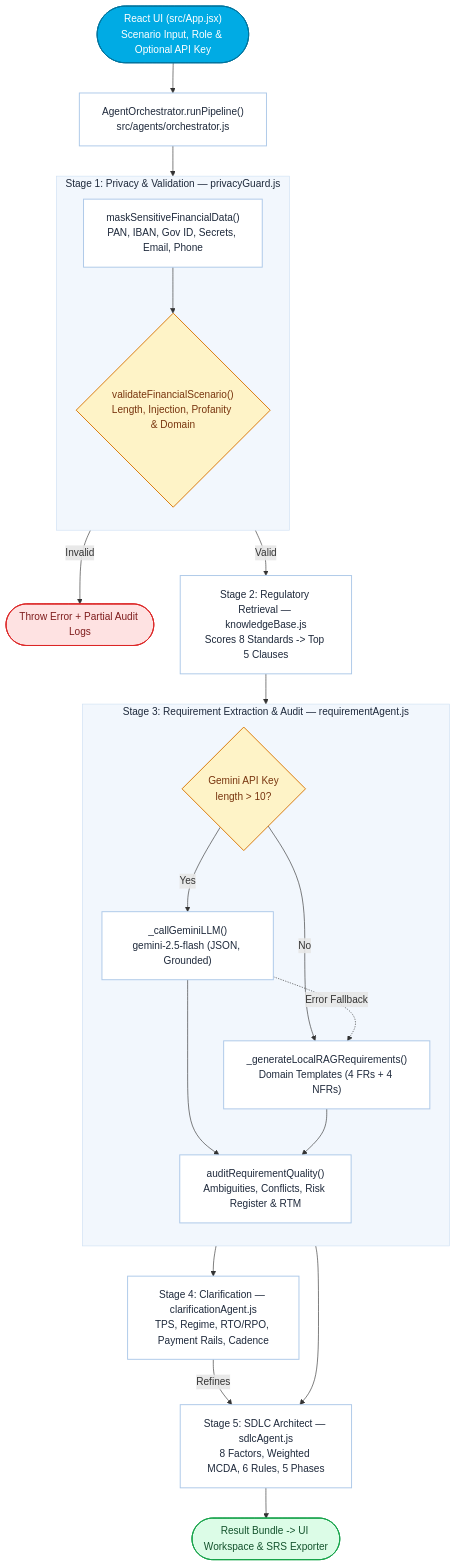
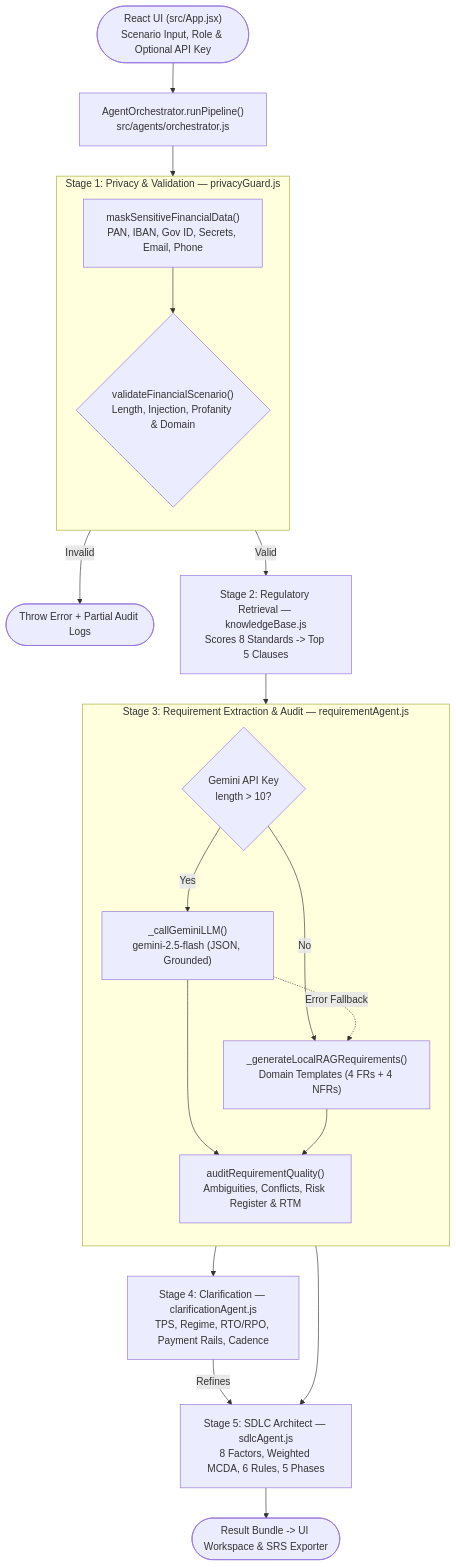
One commit to shivamkumar87/finreq-ai changed the first of 2 diagrams in ARCHITECTURE.md. Above: the diagram before and after it, drawn with Mermaid. The commit also changed other lines of this file and 1 other file, not shown here.

Commit message:
docs: remove custom colors from Mermaid flowcharts

````diff
--- a/ARCHITECTURE.md
+++ b/ARCHITECTURE.md
@@ -14,56 +14,41 @@
 ```mermaid
 %%{init: {'flowchart': {'rankSpacing': 48, 'nodeSpacing': 42, 'padding': 18, 'curve': 'basis'}}}%%
 flowchart TD
     UI(["React UI (src/App.jsx)<br/>Scenario Input, Role & Optional API Key"])
     Orch["AgentOrchestrator.runPipeline()<br/>src/agents/orchestrator.js"]
 
     subgraph S1["Stage 1: Privacy & Validation — privacyGuard.js"]
         direction TB
         Mask["maskSensitiveFinancialData()<br/>PAN, IBAN, Gov ID, Secrets, Email, Phone"]
         Val{"validateFinancialScenario()<br/>Length, Injection, Profanity & Domain"}
         Mask --> Val
     end
 
     Err(["Throw Error + Partial Audit Logs"])
     RAG["Stage 2: Regulatory Retrieval — knowledgeBase.js<br/>Scores 8 Standards -> Top 5 Clauses"]
 
     subgraph S3["Stage 3: Requirement Extraction & Audit — requirementAgent.js"]
         direction TB
         Mode{"Gemini API Key<br/>length > 10?"}
         LLM["_callGeminiLLM()<br/>gemini-2.5-flash (JSON, Grounded)"]
         Local["_generateLocalRAGRequirements()<br/>Domain Templates (4 FRs + 4 NFRs)"]
         Audit["auditRequirementQuality()<br/>Ambiguities, Conflicts, Risk Register & RTM"]
         Mode -->|"Yes"| LLM
         Mode -->|"No"| Local
         LLM -.->|"Error Fallback"| Local
         LLM --> Audit
         Local --> Audit
     end
 
     Clarify["Stage 4: Clarification — clarificationAgent.js<br/>TPS, Regime, RTO/RPO, Payment Rails, Cadence"]
     SDLC["Stage 5: SDLC Architect — sdlcAgent.js<br/>8 Factors, Weighted MCDA, 6 Rules, 5 Phases"]
     Out(["Result Bundle -> UI Workspace & SRS Exporter"])
 
     UI --> Orch --> Mask
     Val -->|"Invalid"| Err
     Val -->|"Valid"| RAG --> Mode
     Audit --> Clarify
     Audit --> SDLC
     Clarify -->|"Refines"| SDLC
     SDLC --> Out
-
-    classDef io fill:#00ABE4,stroke:#00749E,color:#FFFFFF,stroke-width:1.5px;
-    classDef step fill:#FFFFFF,stroke:#ACC8E8,color:#1E293B,stroke-width:1.5px;
-    classDef gate fill:#FEF3C7,stroke:#D97706,color:#78350F,stroke-width:1.5px;
-    classDef danger fill:#FEE2E2,stroke:#DC2626,color:#7F1D1D,stroke-width:1.5px;
-    classDef done fill:#DCFCE7,stroke:#16A34A,color:#14532D,stroke-width:1.5px;
-
-    class UI io;
-    class Orch,Mask,RAG,LLM,Local,Audit,Clarify,SDLC step;
-    class Val,Mode gate;
-    class Err danger;
-    class Out done;
-
-    style S1 fill:#F2F7FD,stroke:#CFE0F3,color:#1E293B
-    style S3 fill:#F2F7FD,stroke:#CFE0F3,color:#1E293B
 ```
````
